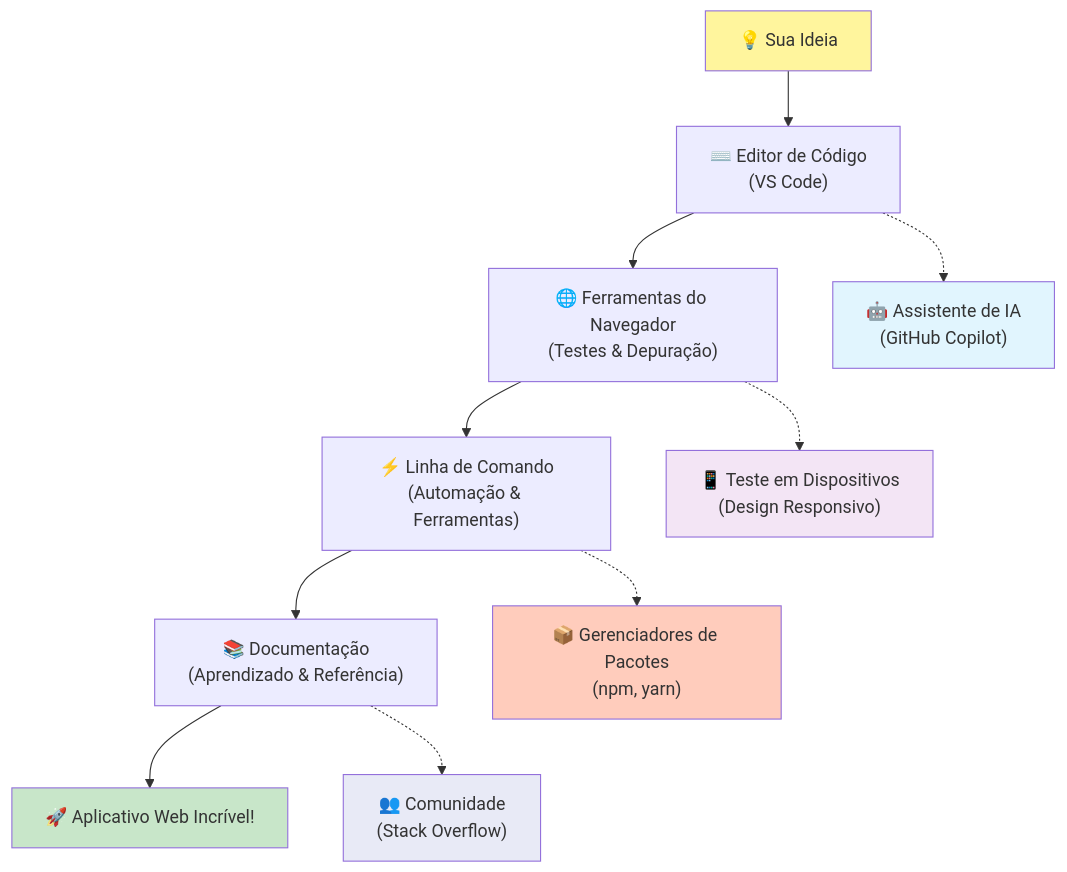
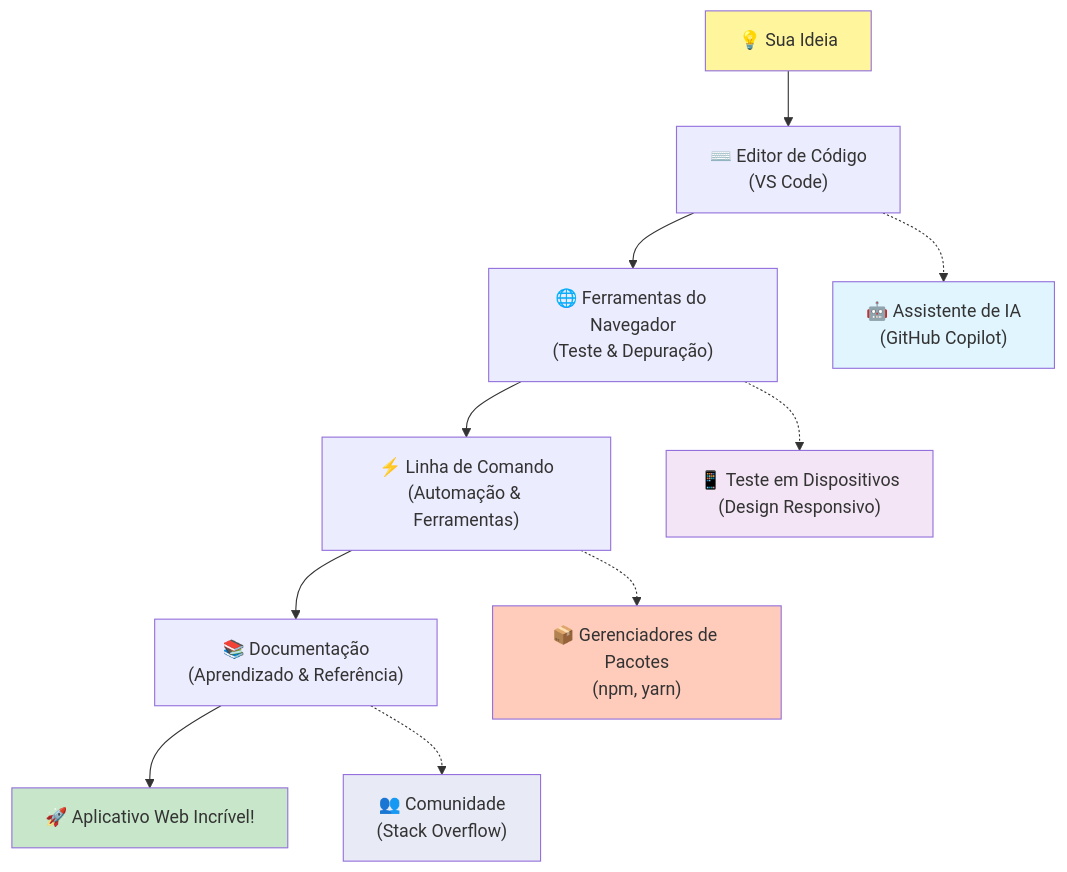
Before and after one commit to microsoft/Web-Dev-For-Beginners: the fifth of 7 diagrams in translations/pt-BR/1-getting-started-lessons/1-intro-to-programming-languages/README.md, drawn with Mermaid. The commit also changed other lines of this file and 8 other files, not shown here.

````diff
--- a/translations/pt-BR/1-getting-started-lessons/1-intro-to-programming-languages/README.md
+++ b/translations/pt-BR/1-getting-started-lessons/1-intro-to-programming-languages/README.md
@@ -488,20 +488,20 @@
 ```mermaid
 graph TD
     A["💡 Sua Ideia"] --> B["⌨️ Editor de Código<br/>(VS Code)"] 
-    B --> C["🌐 Ferramentas do Navegador<br/>(Testes & Depuração)"]
+    B --> C["🌐 Ferramentas do Navegador<br/>(Teste & Depuração)"]
     C --> D["⚡ Linha de Comando<br/>(Automação & Ferramentas)"]
     D --> E["📚 Documentação<br/>(Aprendizado & Referência)"]
     E --> F["🚀 Aplicativo Web Incrível!"]
     
     B -.-> G["🤖 Assistente de IA<br/>(GitHub Copilot)"]
     C -.-> H["📱 Teste em Dispositivos<br/>(Design Responsivo)"]
     D -.-> I["📦 Gerenciadores de Pacotes<br/>(npm, yarn)"]
     E -.-> J["👥 Comunidade<br/>(Stack Overflow)"]
     
     style A fill:#fff59d
     style F fill:#c8e6c9
     style G fill:#e1f5fe
     style H fill:#f3e5f5
     style I fill:#ffccbc
     style J fill:#e8eaf6
 ```
````
